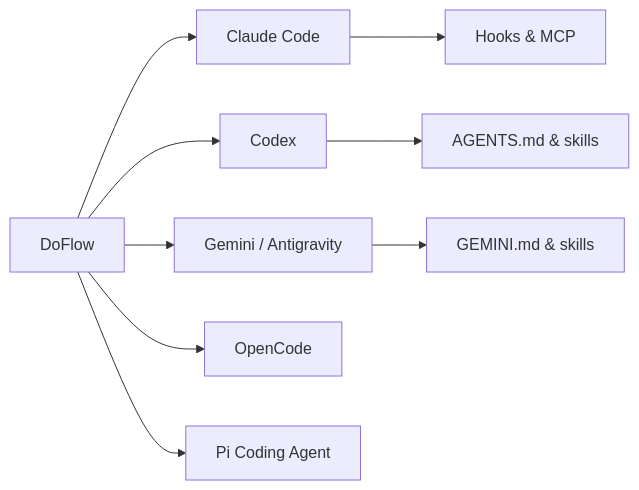
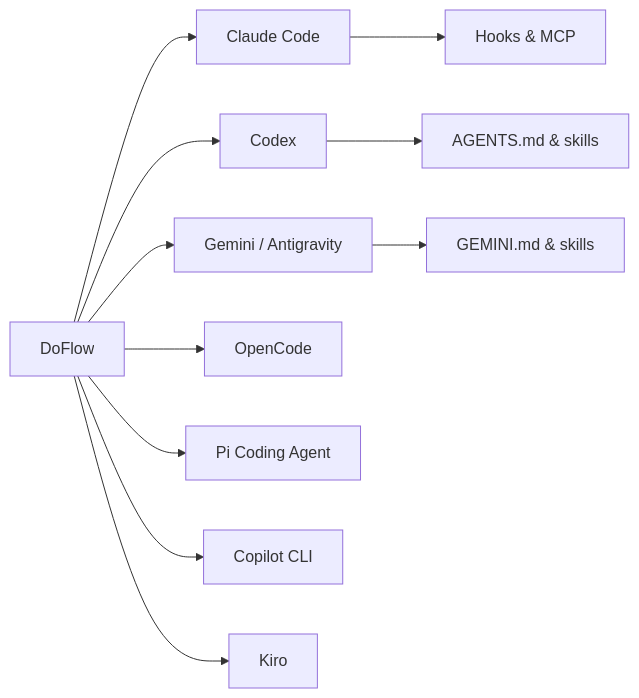
Before and after one commit to khoavu882/do-flow: the diagram in docs/index.md, drawn with Mermaid. The commit also changed 5 other files, not shown here.

````diff
--- a/docs/index.md
+++ b/docs/index.md
@@ -6,11 +6,13 @@
 ```mermaid
 flowchart LR
     D[DoFlow] --> C[Claude Code]
     D --> X[Codex]
     D --> G[Gemini / Antigravity]
     D --> O[OpenCode]
     D --> P[Pi Coding Agent]
+    D --> CP[Copilot CLI]
+    D --> K[Kiro]
     C --> H[Hooks & MCP]
     X --> S[AGENTS.md & skills]
     G --> R[GEMINI.md & skills]
 ```
````
